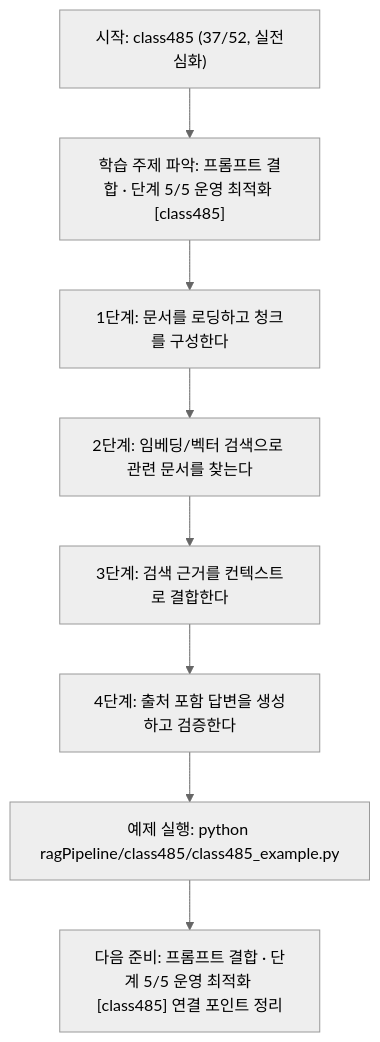
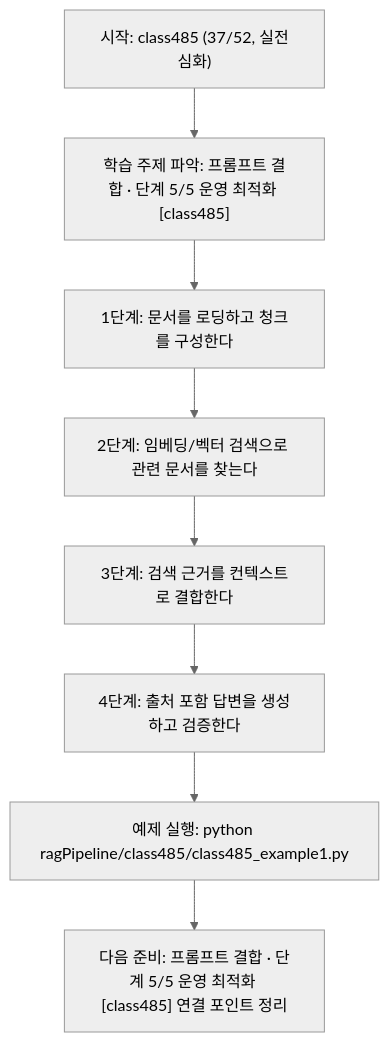
One commit to edumgt/Python-AI_Agent-Class changed the diagram in ragPipeline/class485/class485.md. Above: the diagram before and after it, drawn with Mermaid (neutral theme). The commit also changed other lines of this file and 2959 other files, not shown here.

````diff
--- a/ragPipeline/class485/class485.md
+++ b/ragPipeline/class485/class485.md
@@ -110,18 +110,18 @@
 ```mermaid
 flowchart TD
 N1["시작: class485 (37/52, 실전심화)"]
 N2["학습 주제 파악: 프롬프트 결합 · 단계 5/5 운영 최적화 [class485]"]
 N3["1단계: 문서를 로딩하고 청크를 구성한다"]
 N4["2단계: 임베딩/벡터 검색으로 관련 문서를 찾는다"]
 N5["3단계: 검색 근거를 컨텍스트로 결합한다"]
 N6["4단계: 출처 포함 답변을 생성하고 검증한다"]
-N7["예제 실행: python ragPipeline/class485/class485_example.py"]
+N7["예제 실행: python ragPipeline/class485/class485_example1.py"]
 N8["다음 준비: 프롬프트 결합 · 단계 5/5 운영 최적화 [class485] 연결 포인트 정리"]
 N1 --> N2
 N2 --> N3
 N3 --> N4
 N4 --> N5
 N5 --> N6
 N6 --> N7
 N7 --> N8
 ```
````
